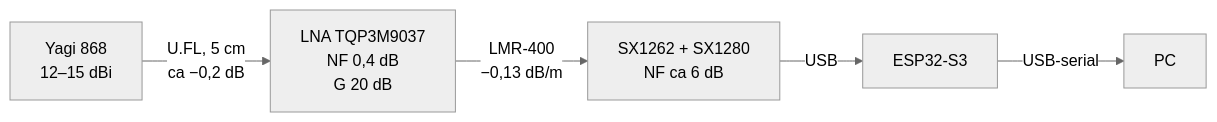
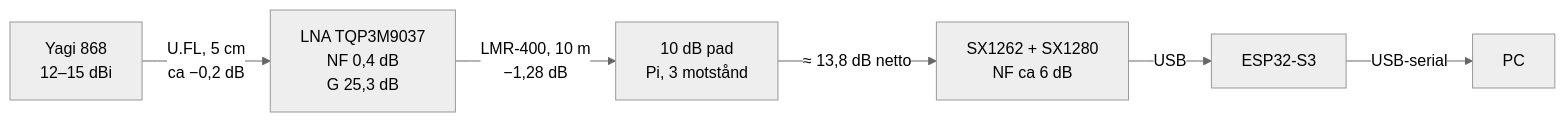
The fourth of 6 diagrams in dokument/KOPPLING.md (oskuhansson/can-sat), drawn with Mermaid (neutral theme) before and after one commit. The commit also changed other lines of this file and 4 other files, not shown here.

Commit message:
Coherence pass: correct duty cycle, document LNA pad, repair broken cross-links

````diff
--- a/dokument/KOPPLING.md
+++ b/dokument/KOPPLING.md
@@ -111,7 +111,8 @@
 ```mermaid
 flowchart LR
     ANT["Yagi 868<br/>12–15 dBi"] -->|"U.FL, 5 cm<br/>ca −0,2 dB"| LNA
-    LNA["LNA TQP3M9037<br/>NF 0,4 dB<br/>G 20 dB"] -->|"LMR-400<br/>−0,13 dB/m"| RX
-    RX["SX1262 + SX1280<br/>NF ca 6 dB"] -->|"USB"| CTRL["ESP32-S3"]
+    LNA["LNA TQP3M9037<br/>NF 0,4 dB<br/>G 25,3 dB"] -->|"LMR-400, 10 m<br/>−1,28 dB"| PAD["10 dB pad<br/>Pi, 3 motstånd"]
+    PAD -->|"≈ 13,8 dB netto"| RX["SX1262 + SX1280<br/>NF ca 6 dB"]
+    RX -->|"USB"| CTRL["ESP32-S3"]
     CTRL -->|"USB-serial"| PC["PC"]
 ```
````
